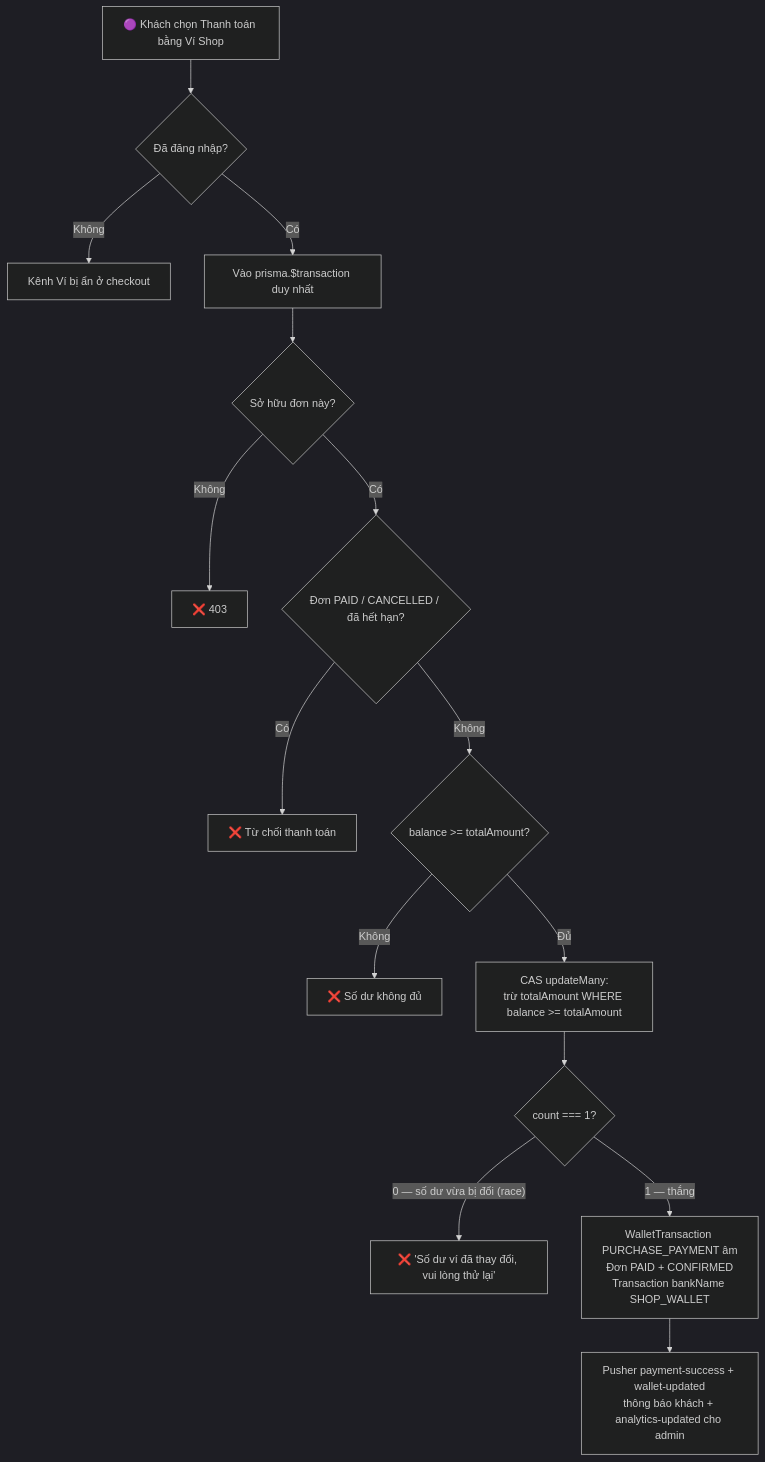
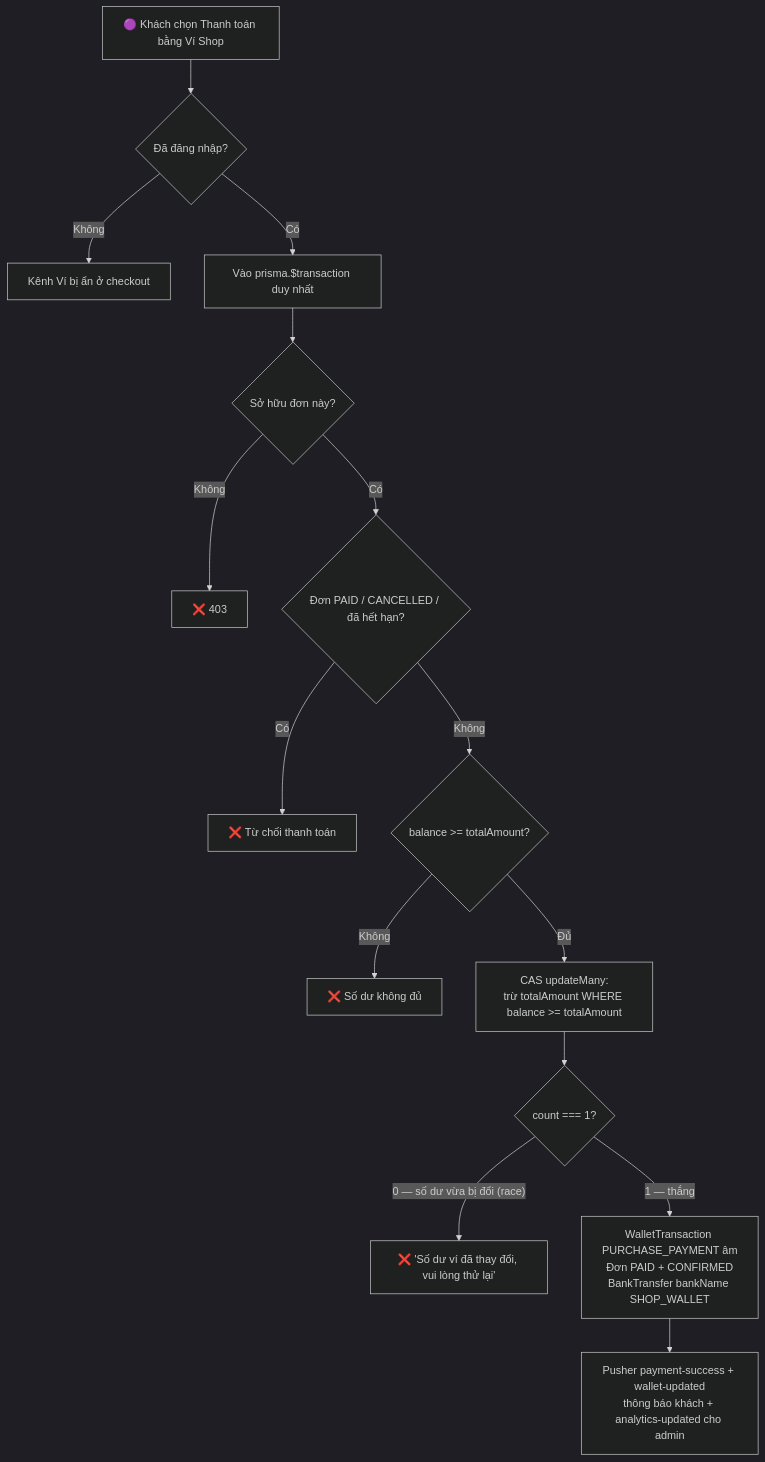
One commit to nhonhoa2007/shop-qr-payment changed the diagram in docs/uml/diagrams/17-activity-wallet-pay.mmd. Above: the diagram before and after it, drawn with Mermaid (dark theme). The commit also changed 12 other files, not shown here.

Commit message:
docs: align compact electronics architecture

```diff
--- a/docs/uml/diagrams/17-activity-wallet-pay.mmd
+++ b/docs/uml/diagrams/17-activity-wallet-pay.mmd
@@ -1,15 +1,15 @@
 flowchart TD
     START["🟣 Khách chọn Thanh toán bằng Ví Shop"] --> AUTH{"Đã đăng nhập?"}
     AUTH -- "Không" --> HIDE["Kênh Ví bị ẩn ở checkout"]
     AUTH -- "Có" --> TX["Vào prisma.$transaction duy nhất"]
     TX --> OWN{"Sở hữu đơn này?"}
     OWN -- "Không" --> E1["❌ 403"]
     OWN -- "Có" --> G1{"Đơn PAID / CANCELLED / đã hết hạn?"}
     G1 -- "Có" --> E2["❌ Từ chối thanh toán"]
     G1 -- "Không" --> G2{"balance >= totalAmount?"}
     G2 -- "Không" --> E3["❌ Số dư không đủ"]
     G2 -- "Đủ" --> CAS["CAS updateMany:<br/>trừ totalAmount WHERE balance >= totalAmount"]
     CAS --> CNT{"count === 1?"}
     CNT -- "0 — số dư vừa bị đổi (race)" --> E4["❌ 'Số dư ví đã thay đổi, vui lòng thử lại'"]
-    CNT -- "1 — thắng" --> OK["WalletTransaction PURCHASE_PAYMENT âm<br/>Đơn PAID + CONFIRMED<br/>Transaction bankName SHOP_WALLET"]
+    CNT -- "1 — thắng" --> OK["WalletTransaction PURCHASE_PAYMENT âm<br/>Đơn PAID + CONFIRMED<br/>BankTransfer bankName SHOP_WALLET"]
     OK --> FX["Pusher payment-success + wallet-updated<br/>thông báo khách + analytics-updated cho admin"]
```
